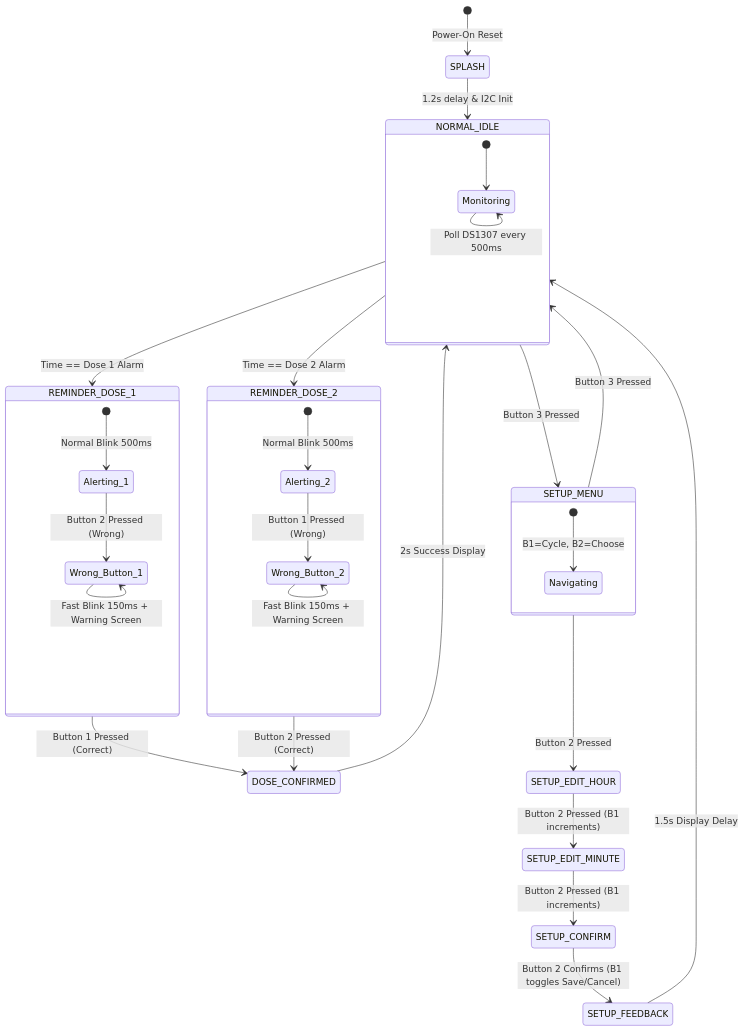
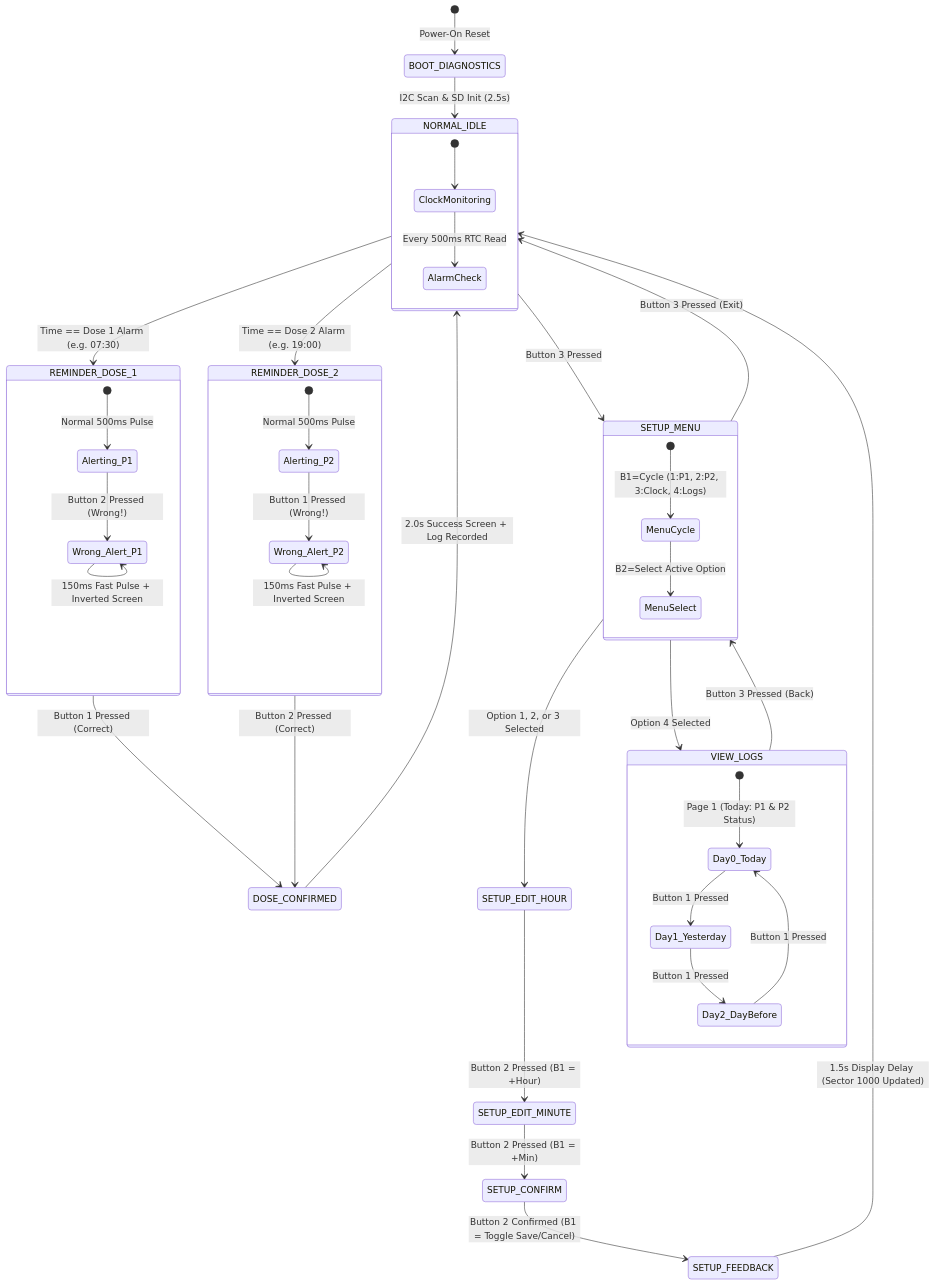
Before and after one commit to H4riiii/MC: the second of 2 diagrams in docs/01_project_overview.md, drawn with Mermaid. The commit also changed other lines of this file and 19 other files, not shown here.

Commit message:
Add on-OLED 3-day dosage log viewer, fix RTC persistence, implement SPI SD card logging and config storage, and update technical documentation and PDFs

````diff
--- a/docs/01_project_overview.md
+++ b/docs/01_project_overview.md
@@ -89,42 +92,52 @@
 ```mermaid
 stateDiagram-v2
-    [*] --> SPLASH: Power-On Reset
-    SPLASH --> NORMAL_IDLE: 1.2s delay & I2C Init
+    [*] --> BOOT_DIAGNOSTICS: Power-On Reset
+    BOOT_DIAGNOSTICS --> NORMAL_IDLE: I2C Scan & SD Init (2.5s)
 
     state NORMAL_IDLE {
-        [*] --> Monitoring
-        Monitoring --> Monitoring: Poll DS1307 every 500ms
+        [*] --> ClockMonitoring
+        ClockMonitoring --> AlarmCheck: Every 500ms RTC Read
     }
 
-    NORMAL_IDLE --> REMINDER_DOSE_1: Time == Dose 1 Alarm
-    NORMAL_IDLE --> REMINDER_DOSE_2: Time == Dose 2 Alarm
+    NORMAL_IDLE --> REMINDER_DOSE_1: Time == Dose 1 Alarm (e.g. 07:30)
+    NORMAL_IDLE --> REMINDER_DOSE_2: Time == Dose 2 Alarm (e.g. 19:00)
     NORMAL_IDLE --> SETUP_MENU: Button 3 Pressed
 
     state REMINDER_DOSE_1 {
-        [*] --> Alerting_1: Normal Blink 500ms
-        Alerting_1 --> Wrong_Button_1: Button 2 Pressed (Wrong)
-        Wrong_Button_1 --> Wrong_Button_1: Fast Blink 150ms + Warning Screen
+        [*] --> Alerting_P1: Normal 500ms Pulse
+        Alerting_P1 --> Wrong_Alert_P1: Button 2 Pressed (Wrong!)
+        Wrong_Alert_P1 --> Wrong_Alert_P1: 150ms Fast Pulse + Inverted Screen
     }
 
     state REMINDER_DOSE_2 {
-        [*] --> Alerting_2: Normal Blink 500ms
-        Alerting_2 --> Wrong_Button_2: Button 1 Pressed (Wrong)
-        Wrong_Button_2 --> Wrong_Button_2: Fast Blink 150ms + Warning Screen
+        [*] --> Alerting_P2: Normal 500ms Pulse
+        Alerting_P2 --> Wrong_Alert_P2: Button 1 Pressed (Wrong!)
+        Wrong_Alert_P2 --> Wrong_Alert_P2: 150ms Fast Pulse + Inverted Screen
     }
 
     REMINDER_DOSE_1 --> DOSE_CONFIRMED: Button 1 Pressed (Correct)
     REMINDER_DOSE_2 --> DOSE_CONFIRMED: Button 2 Pressed (Correct)
 
-    DOSE_CONFIRMED --> NORMAL_IDLE: 2s Success Display
+    DOSE_CONFIRMED --> NORMAL_IDLE: 2.0s Success Screen + Log Recorded
 
     state SETUP_MENU {
-        [*] --> Navigating: B1=Cycle, B2=Choose
+        [*] --> MenuCycle: B1=Cycle (1:P1, 2:P2, 3:Clock, 4:Logs)
+        MenuCycle --> MenuSelect: B2=Select Active Option
     }
 
-    SETUP_MENU --> NORMAL_IDLE: Button 3 Pressed
-    SETUP_MENU --> SETUP_EDIT_HOUR: Button 2 Pressed
-    SETUP_EDIT_HOUR --> SETUP_EDIT_MINUTE: Button 2 Pressed (B1 increments)
-    SETUP_EDIT_MINUTE --> SETUP_CONFIRM: Button 2 Pressed (B1 increments)
-    SETUP_CONFIRM --> SETUP_FEEDBACK: Button 2 Confirms (B1 toggles Save/Cancel)
-    SETUP_FEEDBACK --> NORMAL_IDLE: 1.5s Display Delay
+    SETUP_MENU --> NORMAL_IDLE: Button 3 Pressed (Exit)
+    SETUP_MENU --> SETUP_EDIT_HOUR: Option 1, 2, or 3 Selected
+    SETUP_EDIT_HOUR --> SETUP_EDIT_MINUTE: Button 2 Pressed (B1 = +Hour)
+    SETUP_EDIT_MINUTE --> SETUP_CONFIRM: Button 2 Pressed (B1 = +Min)
+    SETUP_CONFIRM --> SETUP_FEEDBACK: Button 2 Confirmed (B1 = Toggle Save/Cancel)
+    SETUP_FEEDBACK --> NORMAL_IDLE: 1.5s Display Delay (Sector 1000 Updated)
+
+    SETUP_MENU --> VIEW_LOGS: Option 4 Selected
+    state VIEW_LOGS {
+        [*] --> Day0_Today: Page 1 (Today: P1 & P2 Status)
+        Day0_Today --> Day1_Yesterday: Button 1 Pressed
+        Day1_Yesterday --> Day2_DayBefore: Button 1 Pressed
+        Day2_DayBefore --> Day0_Today: Button 1 Pressed
+    }
+    VIEW_LOGS --> SETUP_MENU: Button 3 Pressed (Back)
 ```
````
